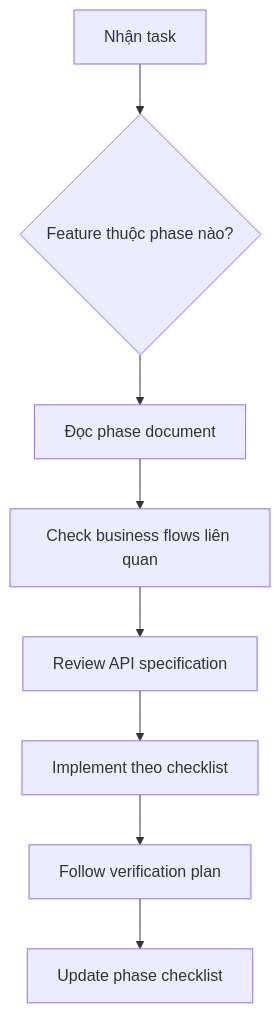
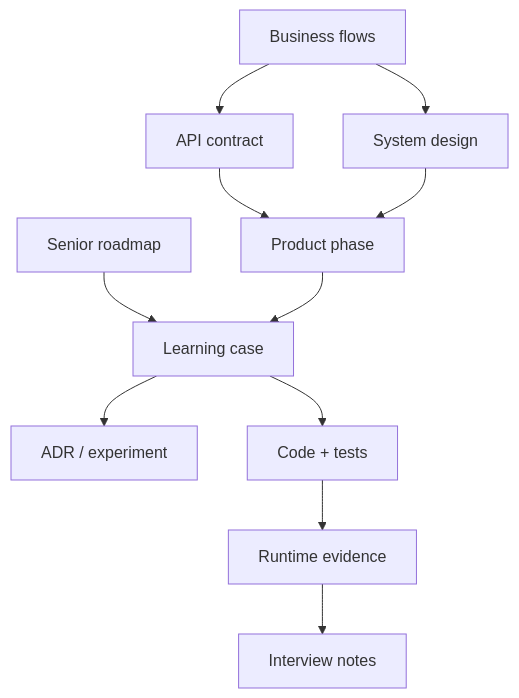
The diagram in docs/000_DOCS_GUIDE.md (HungPhan200591/live-stream-backend), drawn with Mermaid before and after one commit. The commit also changed other lines of this file and 14 other files, not shown here.

Commit message:
feat: add documentation, implementation roadmap, and project graph visualization files

````diff
--- a/docs/000_DOCS_GUIDE.md
+++ b/docs/000_DOCS_GUIDE.md
@@ -93,10 +42,13 @@
 ```mermaid
-graph TD
-    A[Nhận task] --> B{Feature thuộc phase nào?}
-    B --> C[Đọc phase document]
-    C --> D[Check business flows liên quan]
-    D --> E[Review API specification]
-    E --> F[Implement theo checklist]
-    F --> G[Follow verification plan]
-    G --> H[Update phase checklist]
+flowchart TD
+    B[Business flows] --> A[API contract]
+    B --> S[System design]
+    A --> P[Product phase]
+    S --> P
+    R[Senior roadmap] --> C[Learning case]
+    P --> C
+    C --> D[ADR / experiment]
+    C --> X[Code + tests]
+    X --> E[Runtime evidence]
+    E --> I[Interview notes]
 ```
````
